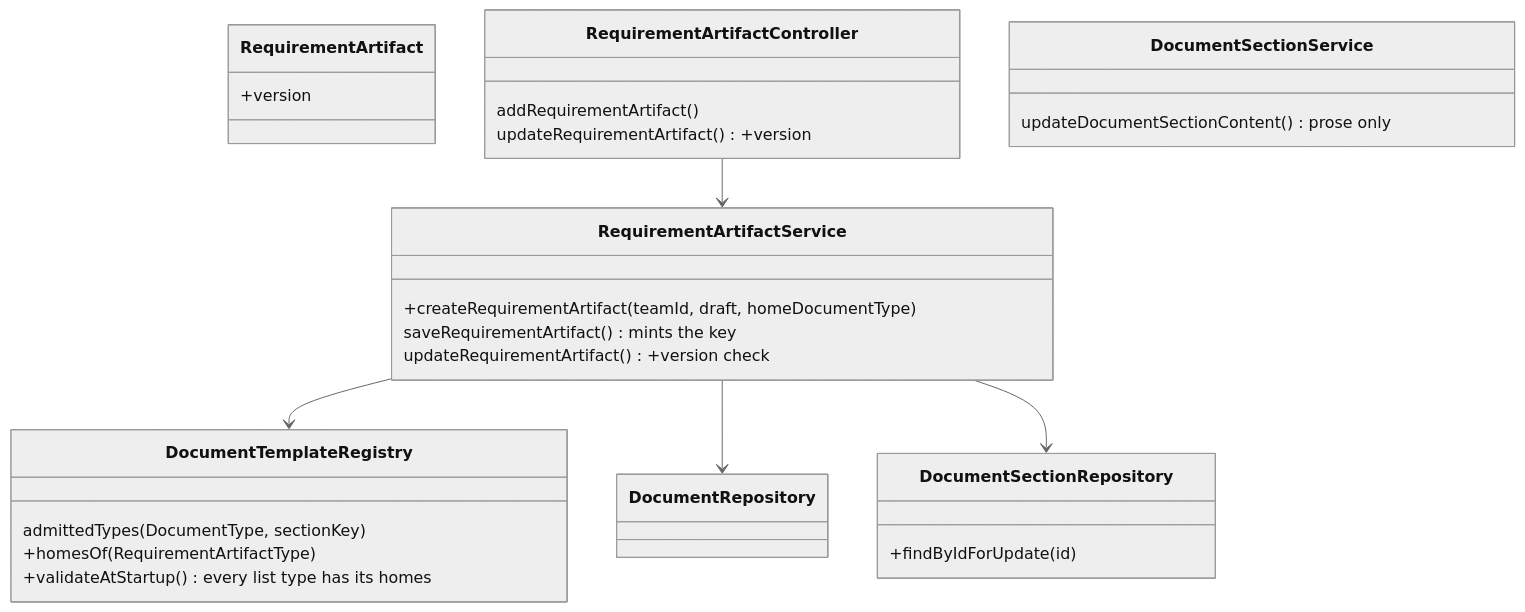
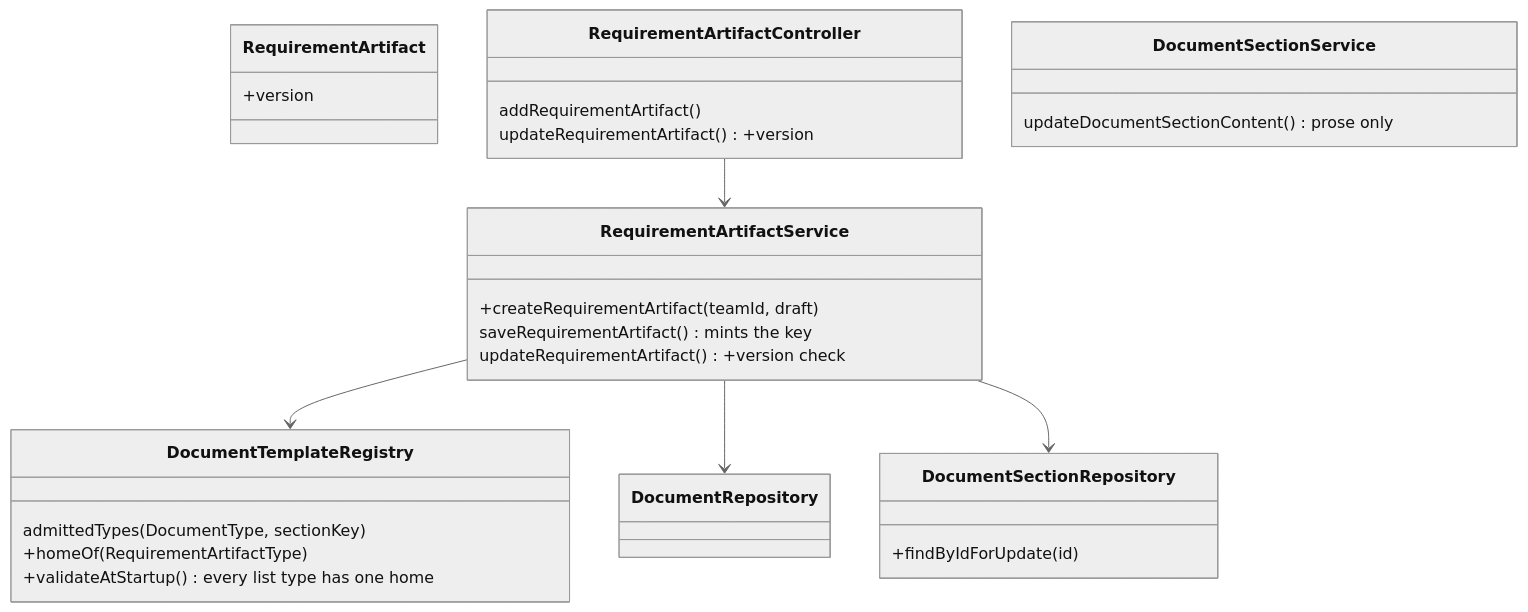
One commit to Washingtonwei/project-pulse changed the first of 2 diagrams in docs/design/art.md. Above: the diagram before and after it, drawn with Mermaid (neutral theme). The commit also changed other lines of this file and 5 other files, not shown here.

First line of the commit message:
Give every artifact type exactly one home

````diff
--- a/docs/design/art.md
+++ b/docs/design/art.md
@@ -26,30 +25,30 @@
 ```mermaid
 classDiagram
   class RequirementArtifact {
     +version
   }
   class DocumentTemplateRegistry {
     admittedTypes(DocumentType, sectionKey)
-    +homesOf(RequirementArtifactType)
-    +validateAtStartup() every list type has its homes
+    +homeOf(RequirementArtifactType)
+    +validateAtStartup() every list type has one home
   }
   class DocumentSectionRepository {
     +findByIdForUpdate(id)
   }
   class RequirementArtifactController {
     addRequirementArtifact()
     updateRequirementArtifact() +version
   }
   class RequirementArtifactService {
-    +createRequirementArtifact(teamId, draft, homeDocumentType)
+    +createRequirementArtifact(teamId, draft)
     saveRequirementArtifact() mints the key
     updateRequirementArtifact() +version check
   }
   class DocumentSectionService {
     updateDocumentSectionContent() prose only
   }
   RequirementArtifactController --> RequirementArtifactService
   RequirementArtifactService --> DocumentTemplateRegistry
   RequirementArtifactService --> DocumentRepository
   RequirementArtifactService --> DocumentSectionRepository
 ```
````
